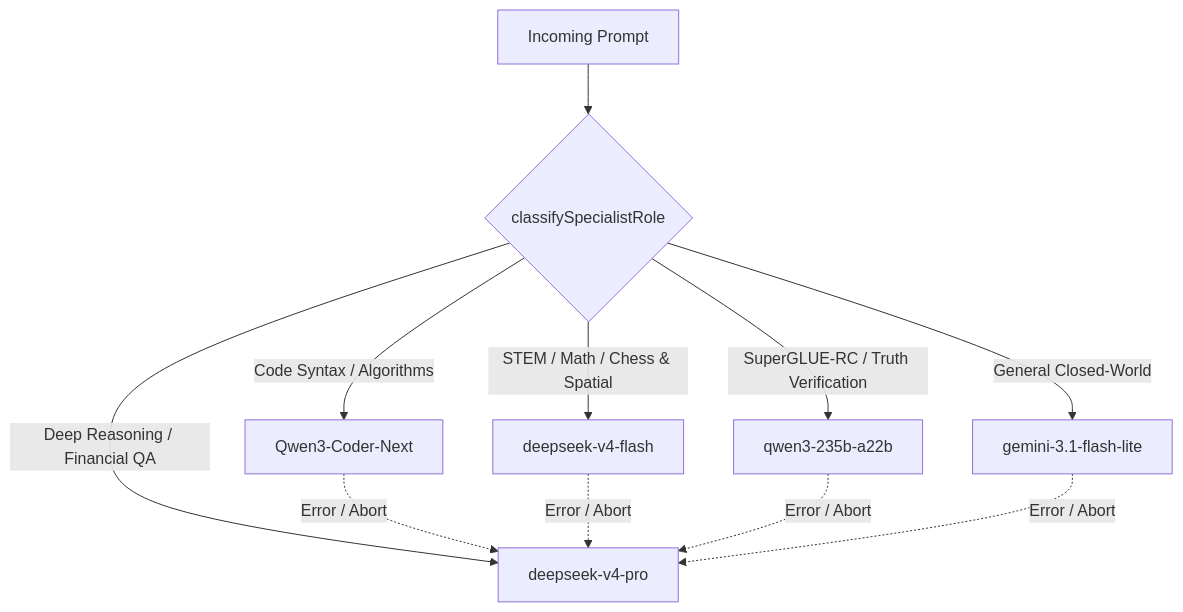
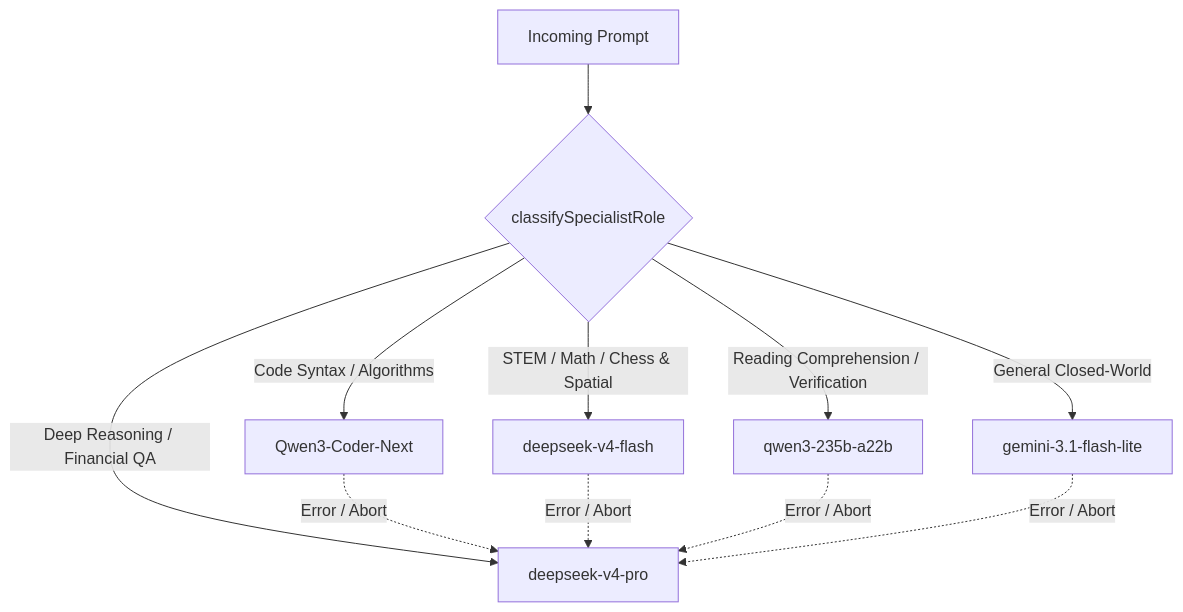
Before and after one commit to kruschdev/krusch-cascade-router: the diagram in README.md, drawn with Mermaid. The commit also changed other lines of this file and 6 other files, not shown here.

````diff
--- a/README.md
+++ b/README.md
@@ -121,13 +115,13 @@
 ```mermaid
 graph TD;
     A[Incoming Prompt] --> CR{classifySpecialistRole};
     CR -- Code Syntax / Algorithms --> C1[Qwen3-Coder-Next];
     CR -- STEM / Math / Chess & Spatial --> C2[deepseek-v4-flash];
-    CR -- SuperGLUE-RC / Truth Verification --> C3[qwen3-235b-a22b];
+    CR -- Reading Comprehension / Verification --> C3[qwen3-235b-a22b];
     CR -- General Closed-World --> C4[gemini-3.1-flash-lite];
     CR -- Deep Reasoning / Financial QA --> C5[deepseek-v4-pro];
     C1 -. Error / Abort .-> C5;
     C2 -. Error / Abort .-> C5;
     C3 -. Error / Abort .-> C5;
     C4 -. Error / Abort .-> C5;
 ```
````
